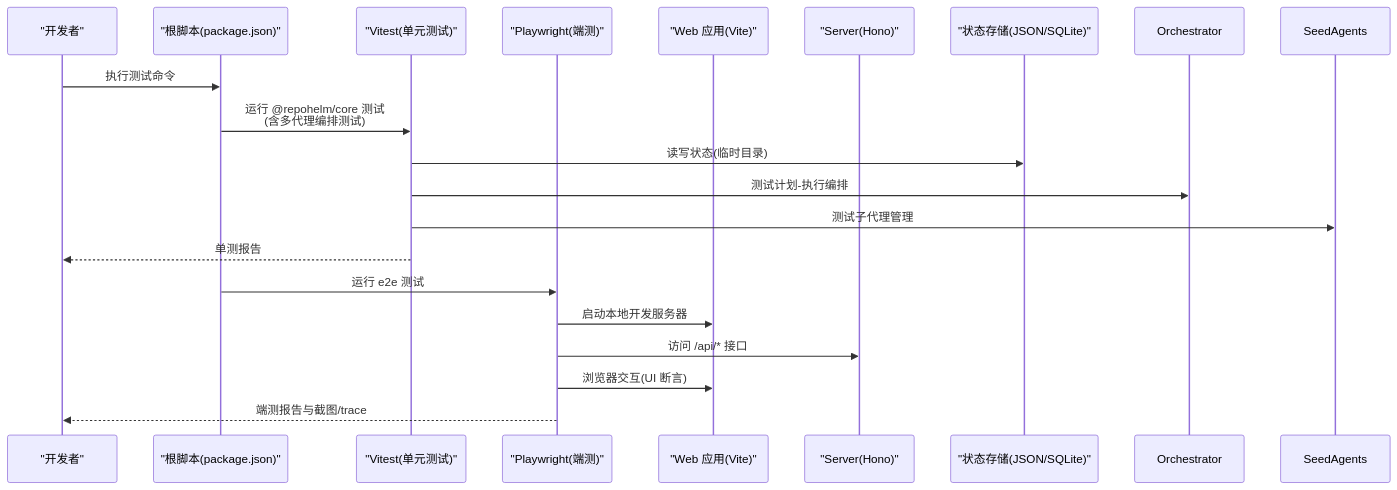
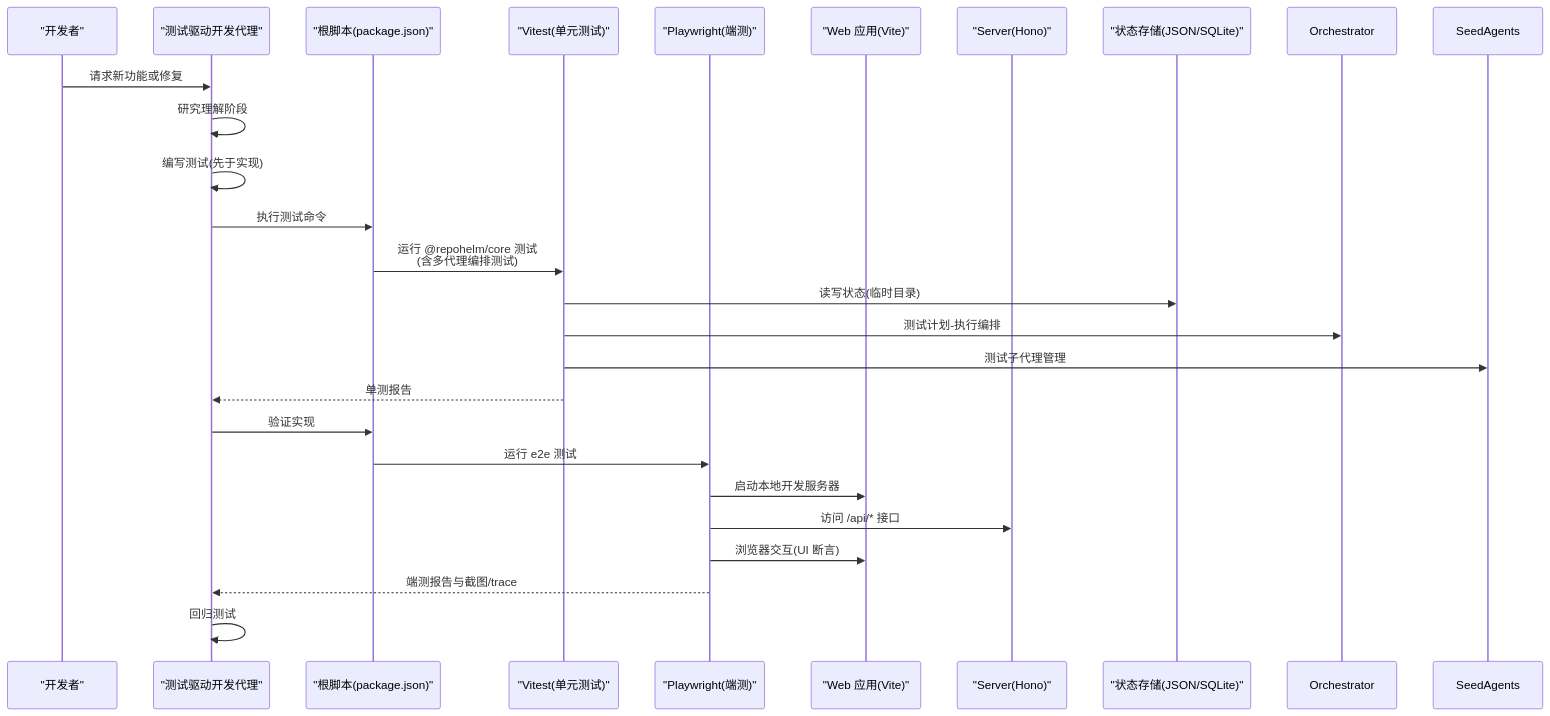
Before and after one commit to coconilu/RepoHelm: the second of 10 diagrams in .qoder/repowiki/zh/content/测试策略/测试策略.md, drawn with Mermaid. The commit also changed other lines of this file and 13 other files, not shown here.

````diff
--- a/.qoder/repowiki/zh/content/测试策略/测试策略.md
+++ b/.qoder/repowiki/zh/content/测试策略/测试策略.md
@@ -121,21 +134,27 @@
 ```mermaid
 sequenceDiagram
 participant Dev as "开发者"
+participant TestAgent as "测试驱动开发代理"
 participant Root as "根脚本(package.json)"
 participant Vitest as "Vitest(单元测试)"
 participant PW as "Playwright(端测)"
 participant Web as "Web 应用(Vite)"
 participant Srv as "Server(Hono)"
 participant Store as "状态存储(JSON/SQLite)"
-Dev->>Root : 执行测试命令
+Dev->>TestAgent : 请求新功能或修复
+TestAgent->>TestAgent : 研究理解阶段
+TestAgent->>TestAgent : 编写测试(先于实现)
+TestAgent->>Root : 执行测试命令
 Root->>Vitest : 运行 @repohelm/core 测试<br/>(含多代理编排测试)
 Vitest->>Store : 读写状态(临时目录)
 Vitest->>Orchestrator : 测试计划-执行编排
 Vitest->>SeedAgents : 测试子代理管理
-Vitest-->>Dev : 单测报告
+Vitest-->>TestAgent : 单测报告
+TestAgent->>Root : 验证实现
 Root->>PW : 运行 e2e 测试
 PW->>Web : 启动本地开发服务器
 PW->>Srv : 访问 /api/* 接口
 PW->>Web : 浏览器交互(UI 断言)
-PW-->>Dev : 端测报告与截图/trace
+PW-->>TestAgent : 端测报告与截图/trace
+TestAgent->>TestAgent : 回归测试
 ```
````
